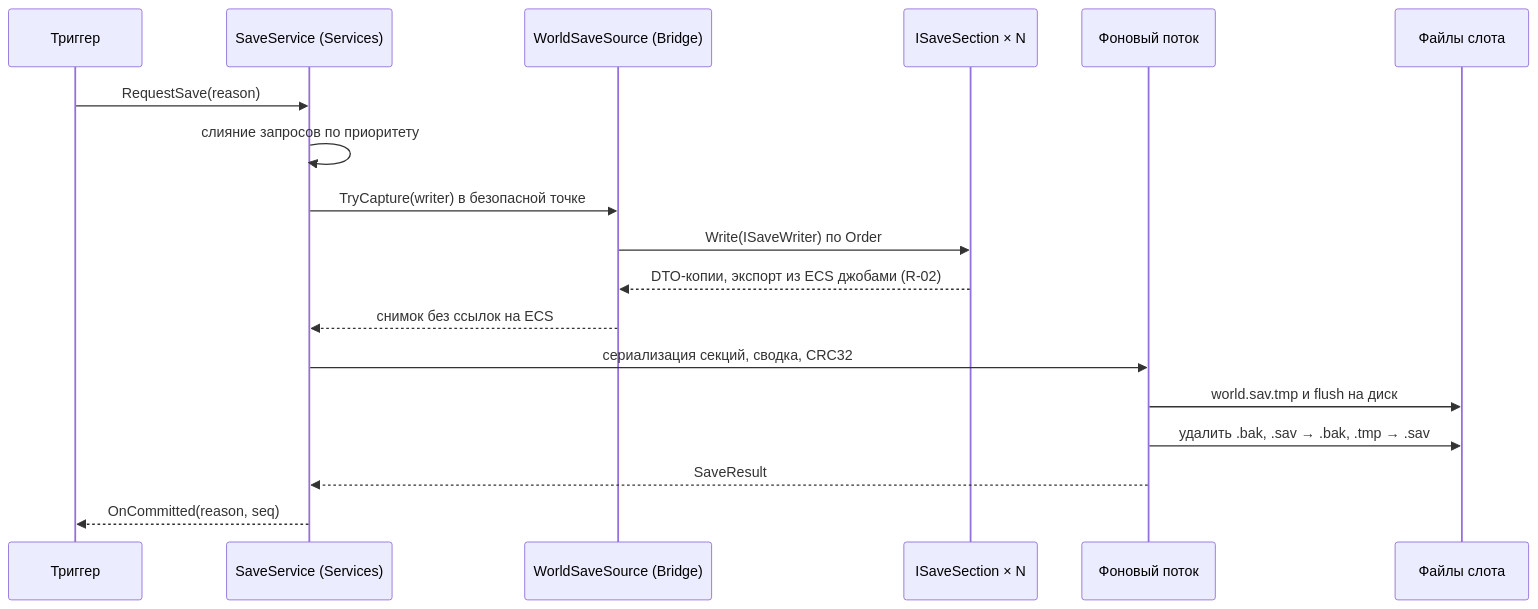
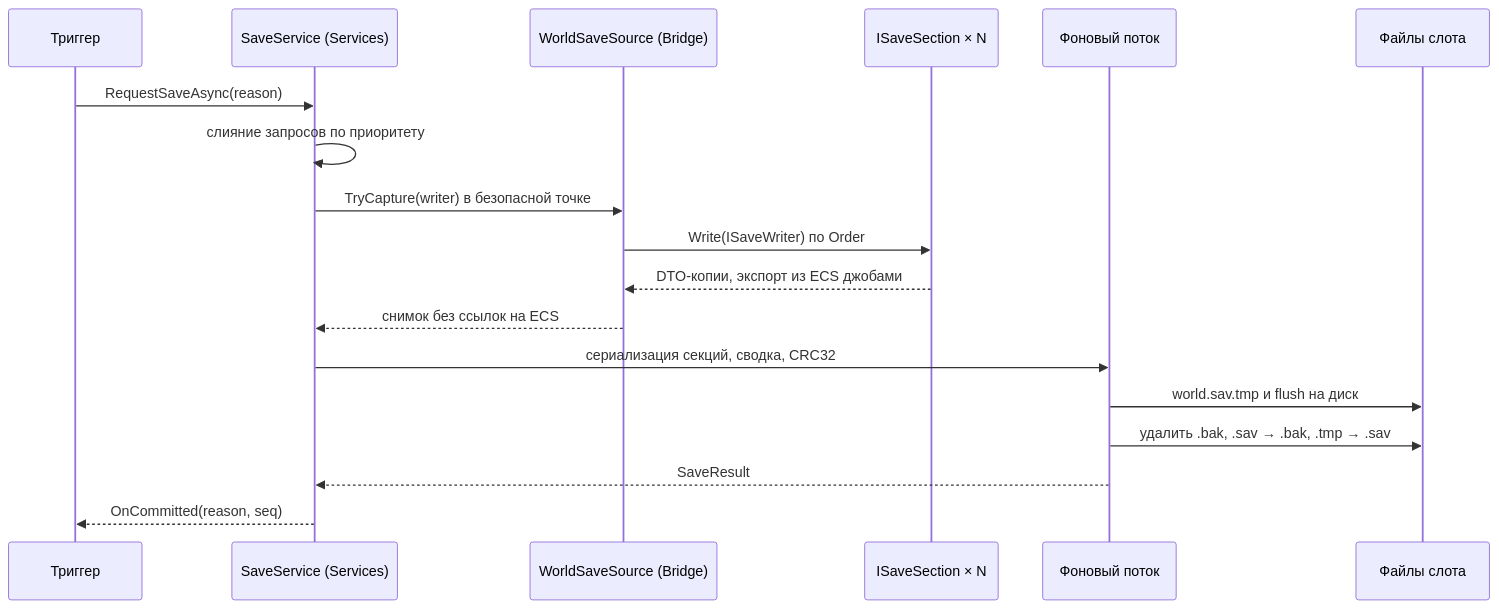
Before and after one commit to ArtesiaDev/Rise-to-Panteon: the third of 4 diagrams in Docs/Tech/Architecture/Services.md, drawn with Mermaid. The commit also changed other lines of this file and 143 other files, not shown here.

````diff
--- a/Docs/Tech/Architecture/Services.md
+++ b/Docs/Tech/Architecture/Services.md
@@ -281,20 +310,20 @@
 ```mermaid
 sequenceDiagram
     participant T as Триггер
     participant SS as SaveService (Services)
     participant WS as WorldSaveSource (Bridge)
     participant SEC as ISaveSection × N
     participant BG as Фоновый поток
     participant FS as Файлы слота
-    T->>SS: RequestSave(reason)
+    T->>SS: RequestSaveAsync(reason)
     SS->>SS: слияние запросов по приоритету
     SS->>WS: TryCapture(writer) в безопасной точке
     WS->>SEC: Write(ISaveWriter) по Order
-    SEC-->>WS: DTO-копии, экспорт из ECS джобами (R-02)
+    SEC-->>WS: DTO-копии, экспорт из ECS джобами
     WS-->>SS: снимок без ссылок на ECS
     SS->>BG: сериализация секций, сводка, CRC32
     BG->>FS: world.sav.tmp и flush на диск
     BG->>FS: удалить .bak, .sav → .bak, .tmp → .sav
     BG-->>SS: SaveResult
     SS-->>T: OnCommitted(reason, seq)
 ```
````
